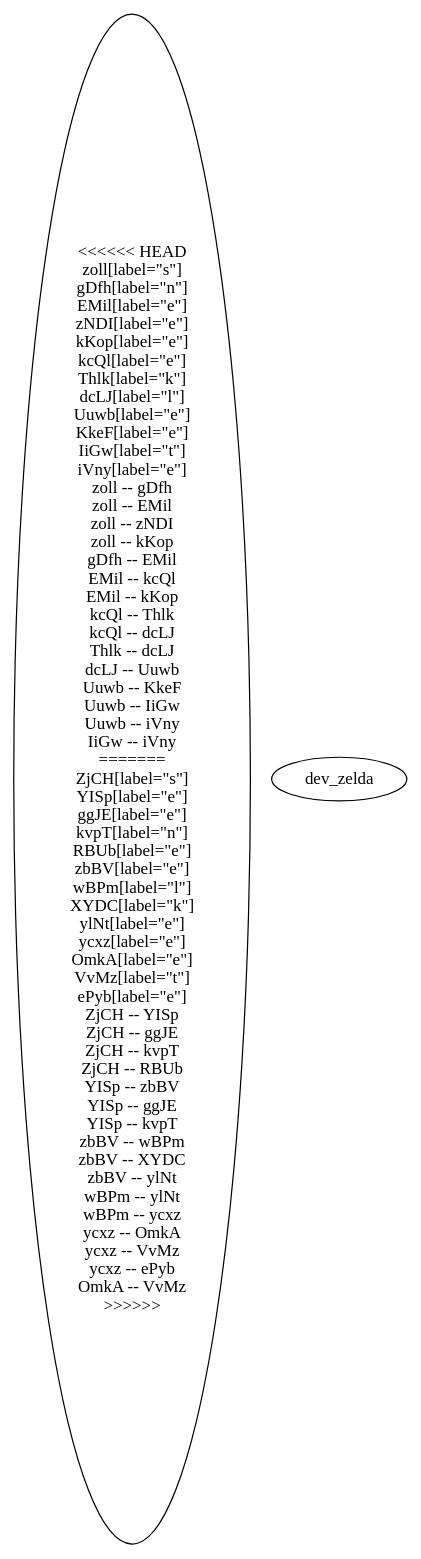
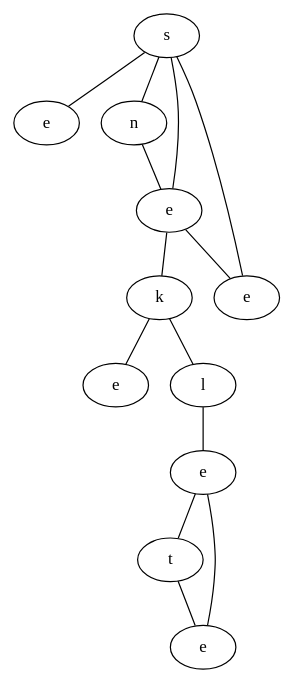
The diagram in data/VGLC/graph.dot (schrum2/MM-NEAT), drawn with Graphviz before and after one commit. The commit also changed 2 other files, not shown here.

```diff
--- a/data/VGLC/graph.dot
+++ b/data/VGLC/graph.dot
@@ -1,61 +1,26 @@
 graph {
-<<<<<<< HEAD
-zoll[label="s"]
-gDfh[label="n"]
-EMil[label="e"]
-zNDI[label="e"]
-kKop[label="e"]
-kcQl[label="e"]
-Thlk[label="k"]
-dcLJ[label="l"]
-Uuwb[label="e"]
-KkeF[label="e"]
-IiGw[label="t"]
-iVny[label="e"]
-zoll -- gDfh
-zoll -- EMil
-zoll -- zNDI
-zoll -- kKop
-gDfh -- EMil
-EMil -- kcQl
-EMil -- kKop
-kcQl -- Thlk
-kcQl -- dcLJ
-Thlk -- dcLJ
-dcLJ -- Uuwb
-Uuwb -- KkeF
-Uuwb -- IiGw
-Uuwb -- iVny
-IiGw -- iVny
-=======
-ZjCH[label="s"]
-YISp[label="e"]
-ggJE[label="e"]
-kvpT[label="n"]
-RBUb[label="e"]
-zbBV[label="e"]
-wBPm[label="l"]
-XYDC[label="k"]
-ylNt[label="e"]
-ycxz[label="e"]
-OmkA[label="e"]
-VvMz[label="t"]
-ePyb[label="e"]
-ZjCH -- YISp
-ZjCH -- ggJE
-ZjCH -- kvpT
-ZjCH -- RBUb
-YISp -- zbBV
-YISp -- ggJE
-YISp -- kvpT
-zbBV -- wBPm
-zbBV -- XYDC
-zbBV -- ylNt
-wBPm -- ylNt
-wBPm -- ycxz
-ycxz -- OmkA
-ycxz -- VvMz
-ycxz -- ePyb
-OmkA -- VvMz
->>>>>>> dev_zelda
+ctMF[label="s"]
+IkfM[label="e"]
+gFsw[label="n"]
+IHdf[label="e"]
+CswV[label="e"]
+MGXb[label="k"]
+NJHU[label="e"]
+oPMr[label="l"]
+JAUM[label="e"]
+wKtj[label="t"]
+WKrE[label="e"]
+ctMF -- IkfM
+ctMF -- gFsw
+ctMF -- IHdf
+ctMF -- CswV
+gFsw -- IHdf
+IHdf -- MGXb
+IHdf -- CswV
+MGXb -- NJHU
+MGXb -- oPMr
+oPMr -- JAUM
+JAUM -- wKtj
+JAUM -- WKrE
+wKtj -- WKrE
 }
```
